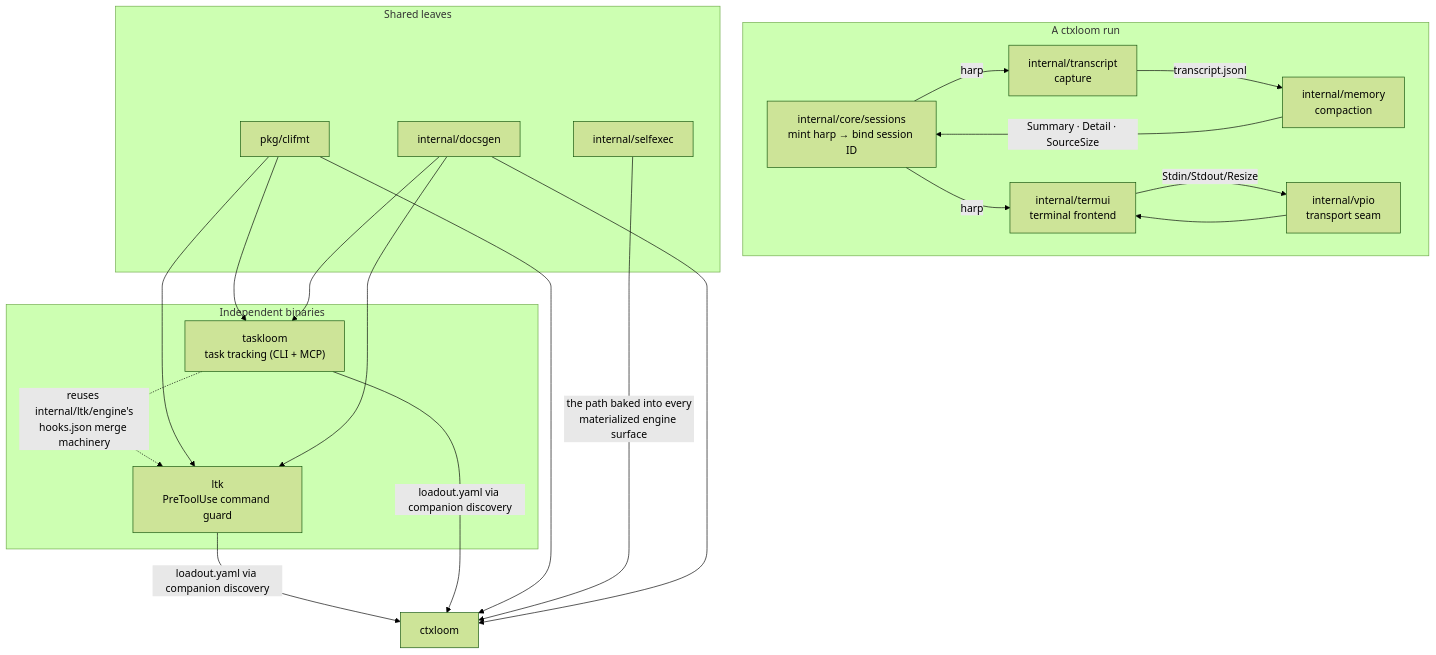
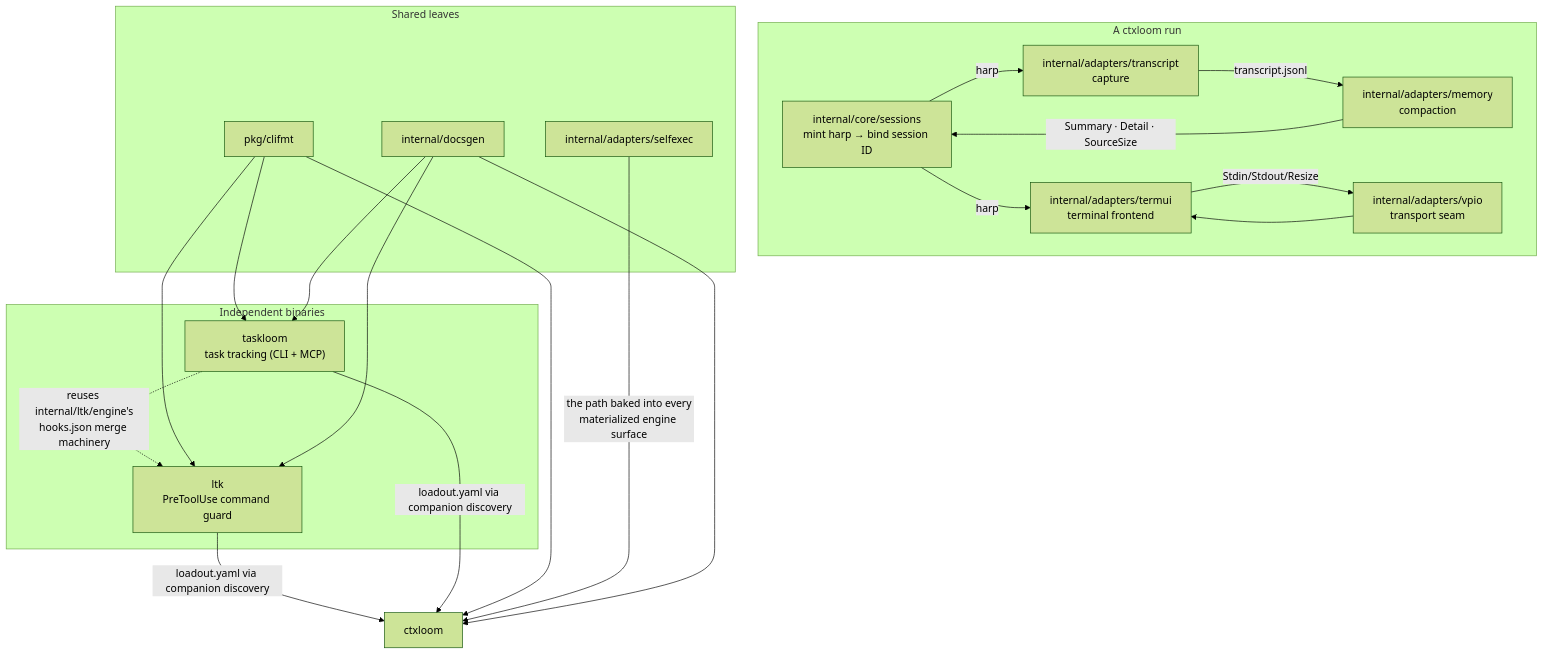
Before and after one commit to ctxloom/ctxloom: the diagram in docs/architecture/companions/README.md, drawn with Mermaid (forest theme). The commit also changed other lines of this file and 2489 other files, not shown here.

First line of the commit message:
refactor(arch): move the adapters ring into internal/adapters

````diff
--- a/docs/architecture/companions/README.md
+++ b/docs/architecture/companions/README.md
@@ -29,36 +29,36 @@
 ```mermaid
 flowchart TD
     subgraph binaries["Independent binaries"]
       LTK["ltk<br/>PreToolUse command guard"]
       TL["taskloom<br/>task tracking (CLI + MCP)"]
     end
 
     subgraph run["A ctxloom run"]
       SESS["internal/core/sessions<br/>mint harp → bind session ID"]
-      TERM["internal/termui<br/>terminal frontend"]
-      VP["internal/vpio<br/>transport seam"]
-      TR["internal/transcript<br/>capture"]
-      MEM["internal/memory<br/>compaction"]
+      TERM["internal/adapters/termui<br/>terminal frontend"]
+      VP["internal/adapters/vpio<br/>transport seam"]
+      TR["internal/adapters/transcript<br/>capture"]
+      MEM["internal/adapters/memory<br/>compaction"]
     end
 
     subgraph leaves["Shared leaves"]
       CF["pkg/clifmt"]
-      SE["internal/selfexec"]
+      SE["internal/adapters/selfexec"]
       DG["internal/docsgen"]
     end
 
     SESS -->|"harp"| TR
     SESS -->|"harp"| TERM
     TR -->|"transcript.jsonl"| MEM
     MEM -->|"Summary · Detail · SourceSize"| SESS
     VP --> TERM
     TERM -->|"Stdin/Stdout/Resize"| VP
 
     LTK -->|"loadout.yaml via companion discovery"| CTX["ctxloom"]
     TL -->|"loadout.yaml via companion discovery"| CTX
     TL -.->|"reuses internal/ltk/engine's<br/>hooks.json merge machinery"| LTK
 
     CF --> LTK & TL & CTX
     SE -->|"the path baked into every<br/>materialized engine surface"| CTX
     DG --> LTK & TL & CTX
 ```
````
